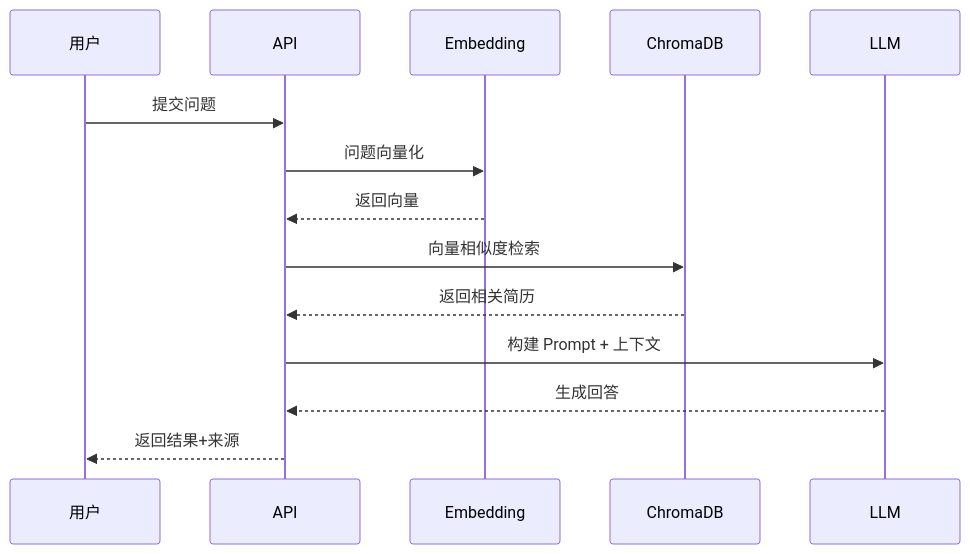
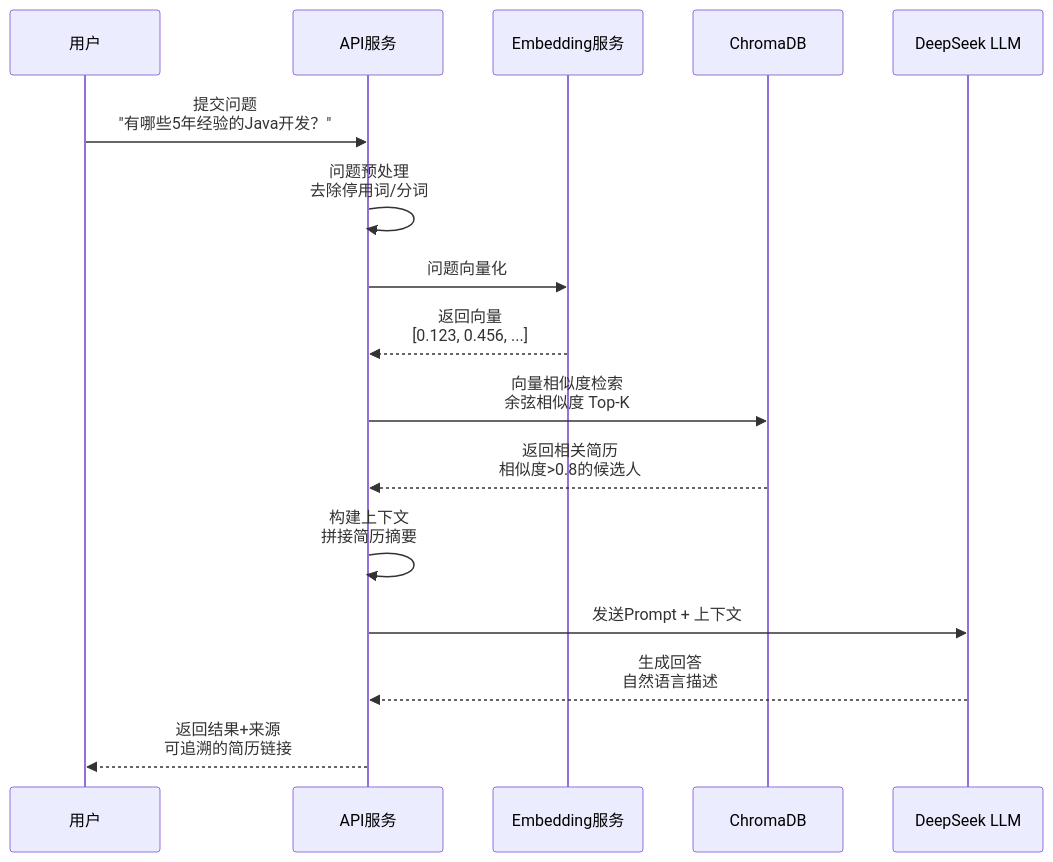
One commit to xt765/ResumeScreening changed the sixth of 14 diagrams in README.md. Above: the diagram before and after it, drawn with Mermaid. The commit also changed other lines of this file and 2 other files, not shown here.

First line of the commit message:
docs: README添加详细文字讲解，实现图文并茂

````diff
--- a/README.md
+++ b/README.md
@@ -238,17 +386,19 @@
 ```mermaid
 sequenceDiagram
     participant U as 用户
-    participant A as API
-    participant E as Embedding
+    participant A as API服务
+    participant E as Embedding服务
     participant C as ChromaDB
-    participant L as LLM
+    participant L as DeepSeek LLM
     
-    U->>A: 提交问题
+    U->>A: 提交问题<br/>"有哪些5年经验的Java开发？"
+    A->>A: 问题预处理<br/>去除停用词/分词
     A->>E: 问题向量化
-    E-->>A: 返回向量
-    A->>C: 向量相似度检索
-    C-->>A: 返回相关简历
-    A->>L: 构建 Prompt + 上下文
-    L-->>A: 生成回答
-    A-->>U: 返回结果+来源
+    E-->>A: 返回向量<br/>[0.123, 0.456, ...]
+    A->>C: 向量相似度检索<br/>余弦相似度 Top-K
+    C-->>A: 返回相关简历<br/>相似度>0.8的候选人
+    A->>A: 构建上下文<br/>拼接简历摘要
+    A->>L: 发送Prompt + 上下文
+    L-->>A: 生成回答<br/>自然语言描述
+    A-->>U: 返回结果+来源<br/>可追溯的简历链接
 ```
````
